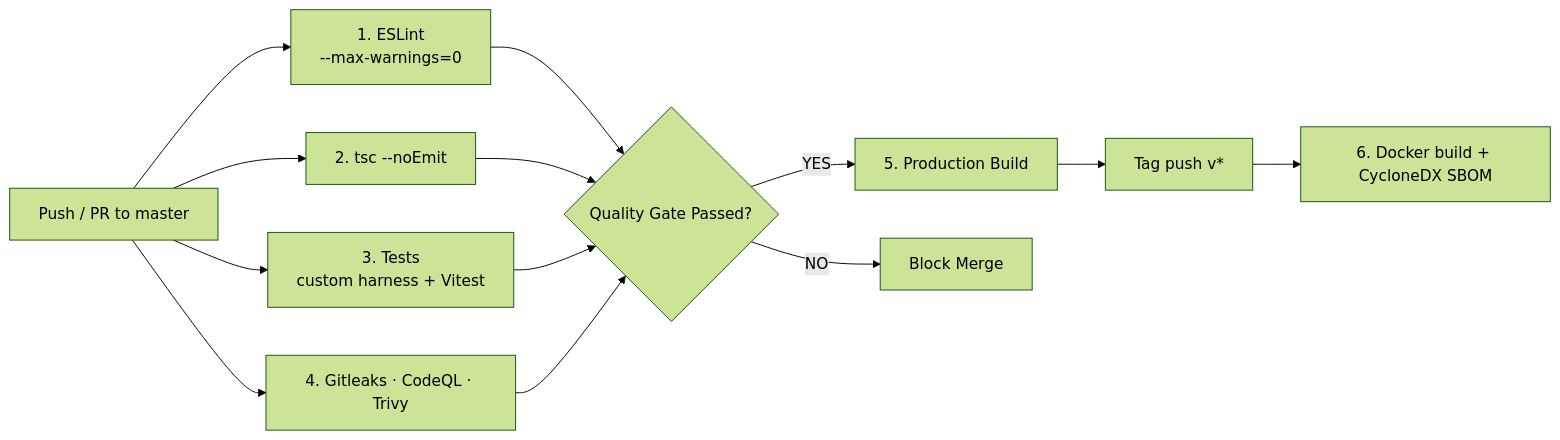
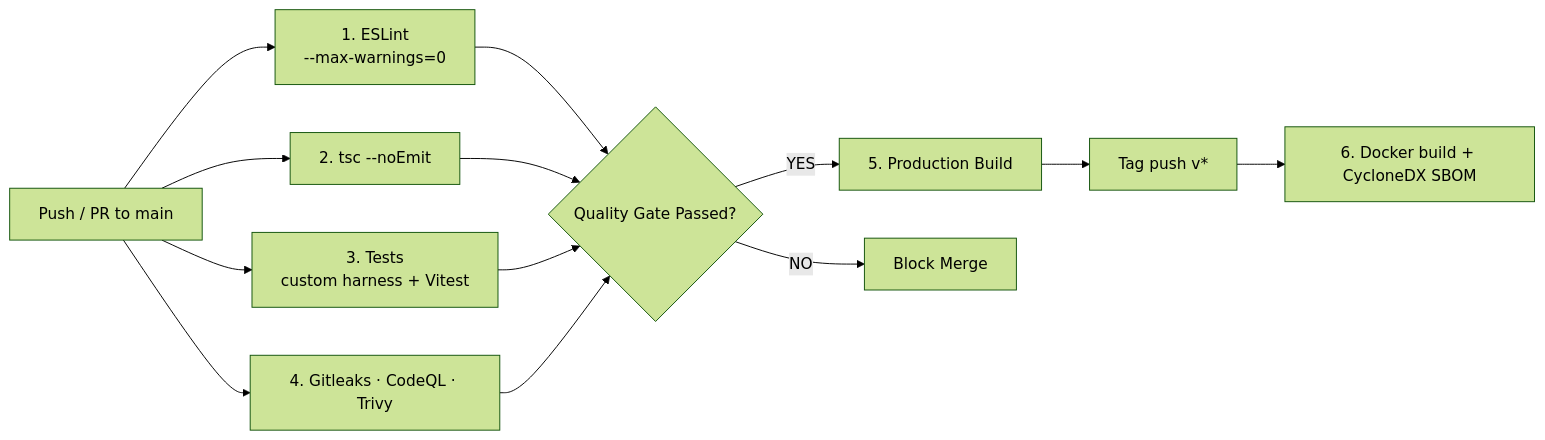
Before and after one commit to GrimRaven23/Project-1: the diagram in docs/CI-CD.md, drawn with Mermaid (forest theme). The commit also changed other lines of this file and 8 other files, not shown here.

````diff
--- a/docs/CI-CD.md
+++ b/docs/CI-CD.md
@@ -13,17 +17,17 @@
 ```mermaid
 graph LR
-    Push[Push / PR to master] --> Lint[1. ESLint<br/>--max-warnings=0]
+    Push[Push / PR to main] --> Lint[1. ESLint<br/>--max-warnings=0]
     Push --> Typecheck[2. tsc --noEmit]
     Push --> Tests[3. Tests<br/>custom harness + Vitest]
     Push --> SecScan[4. Gitleaks · CodeQL · Trivy]
 
     Lint --> Gate{Quality Gate Passed?}
     Typecheck --> Gate
     Tests --> Gate
     SecScan --> Gate
 
     Gate -- YES --> Build[5. Production Build]
     Gate -- NO --> Reject[Block Merge]
 
     Build --> Tag[Tag push v*] --> Release[6. Docker build + CycloneDX SBOM]
 ```
````
